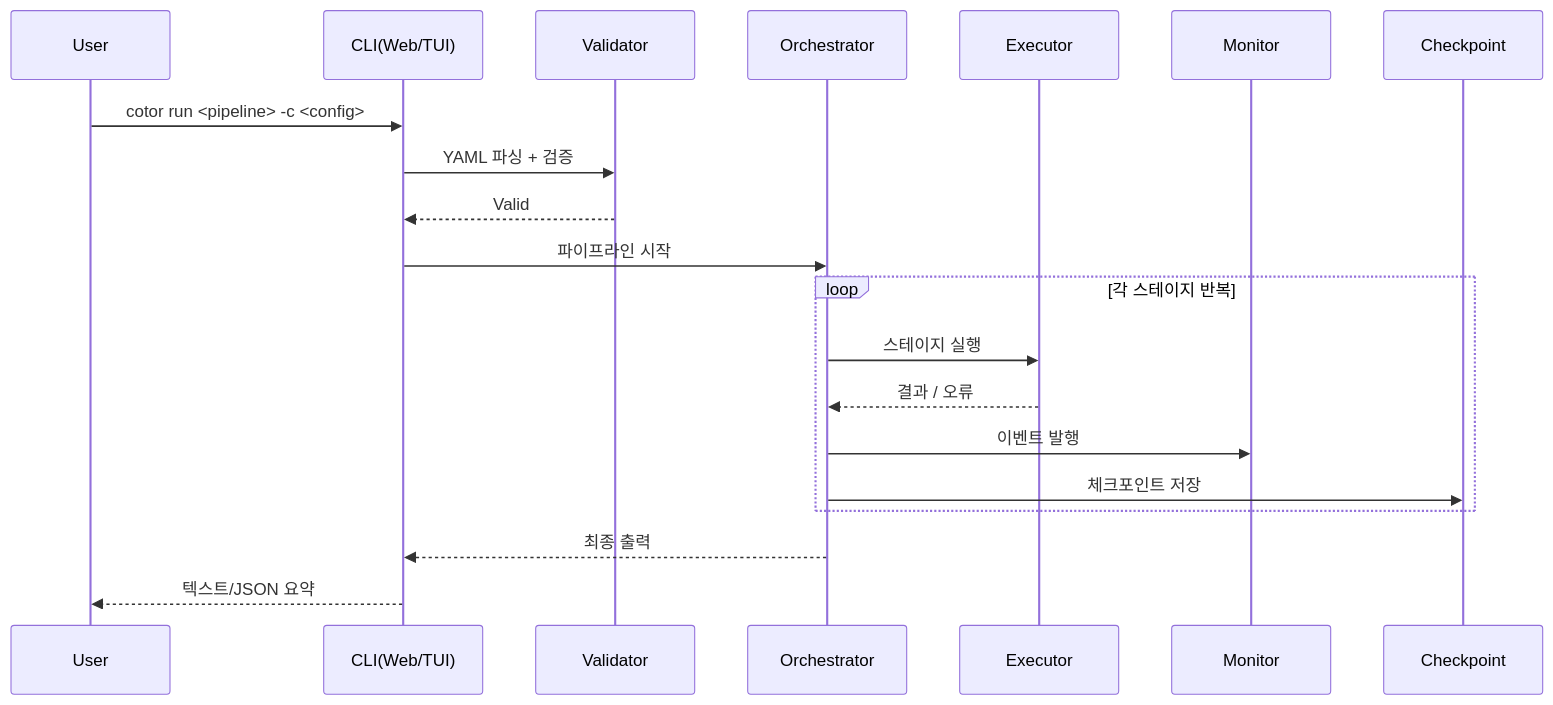
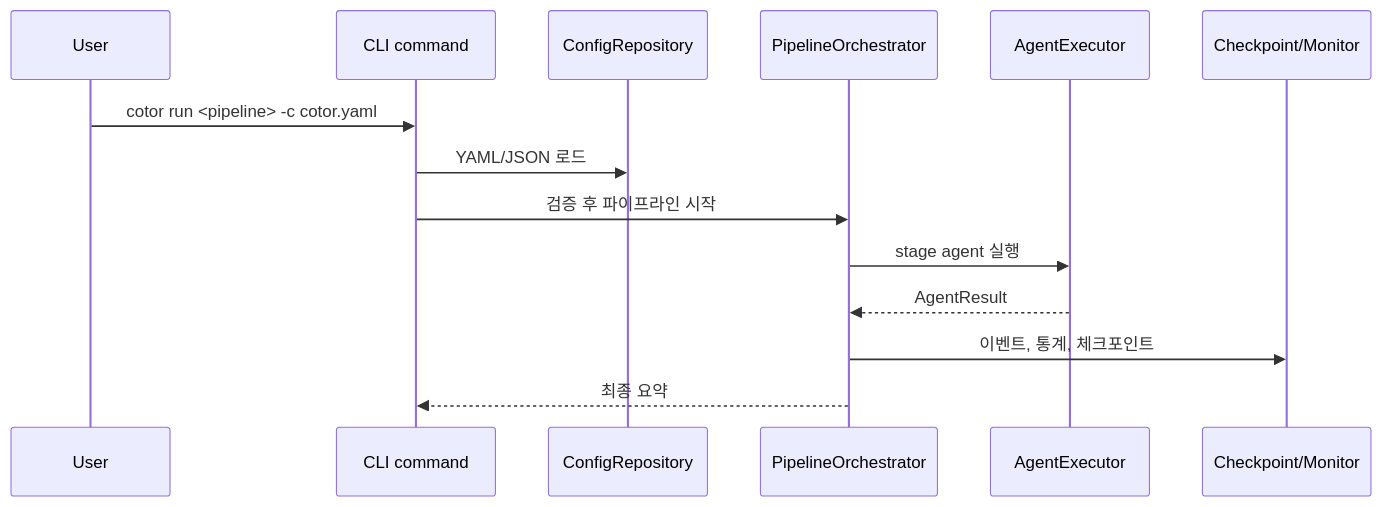
Before and after one commit to bssm-oss/cotor: the second of 3 diagrams in docs/ARCHITECTURE.ko.md, drawn with Mermaid. The commit also changed other lines of this file and 16 other files, not shown here.

First line of the commit message:
docs: align architecture and module guides

````diff
--- a/docs/ARCHITECTURE.ko.md
+++ b/docs/ARCHITECTURE.ko.md
@@ -30,25 +45,17 @@
 ```mermaid
 sequenceDiagram
-    participant U as User
-    participant P as CLI(Web/TUI)
-    participant V as Validator
-    participant O as Orchestrator
-    participant E as Executor
-    participant M as Monitor
-    participant C as Checkpoint
+    participant User
+    participant CLI as CLI command
+    participant Config as ConfigRepository
+    participant Runtime as PipelineOrchestrator
+    participant Executor as AgentExecutor
+    participant Store as Checkpoint/Monitor
 
-    U->>P: cotor run <pipeline> -c <config>
-    P->>V: YAML 파싱 + 검증
-    V-->>P: Valid
-    P->>O: 파이프라인 시작
-
-    loop 각 스테이지 반복
-      O->>E: 스테이지 실행
-      E-->>O: 결과 / 오류
-      O->>M: 이벤트 발행
-      O->>C: 체크포인트 저장
-    end
-
-    O-->>P: 최종 출력
-    P-->>U: 텍스트/JSON 요약
+    User->>CLI: cotor run <pipeline> -c cotor.yaml
+    CLI->>Config: YAML/JSON 로드
+    CLI->>Runtime: 검증 후 파이프라인 시작
+    Runtime->>Executor: stage agent 실행
+    Executor-->>Runtime: AgentResult
+    Runtime->>Store: 이벤트, 통계, 체크포인트
+    Runtime-->>CLI: 최종 요약
 ```
````
